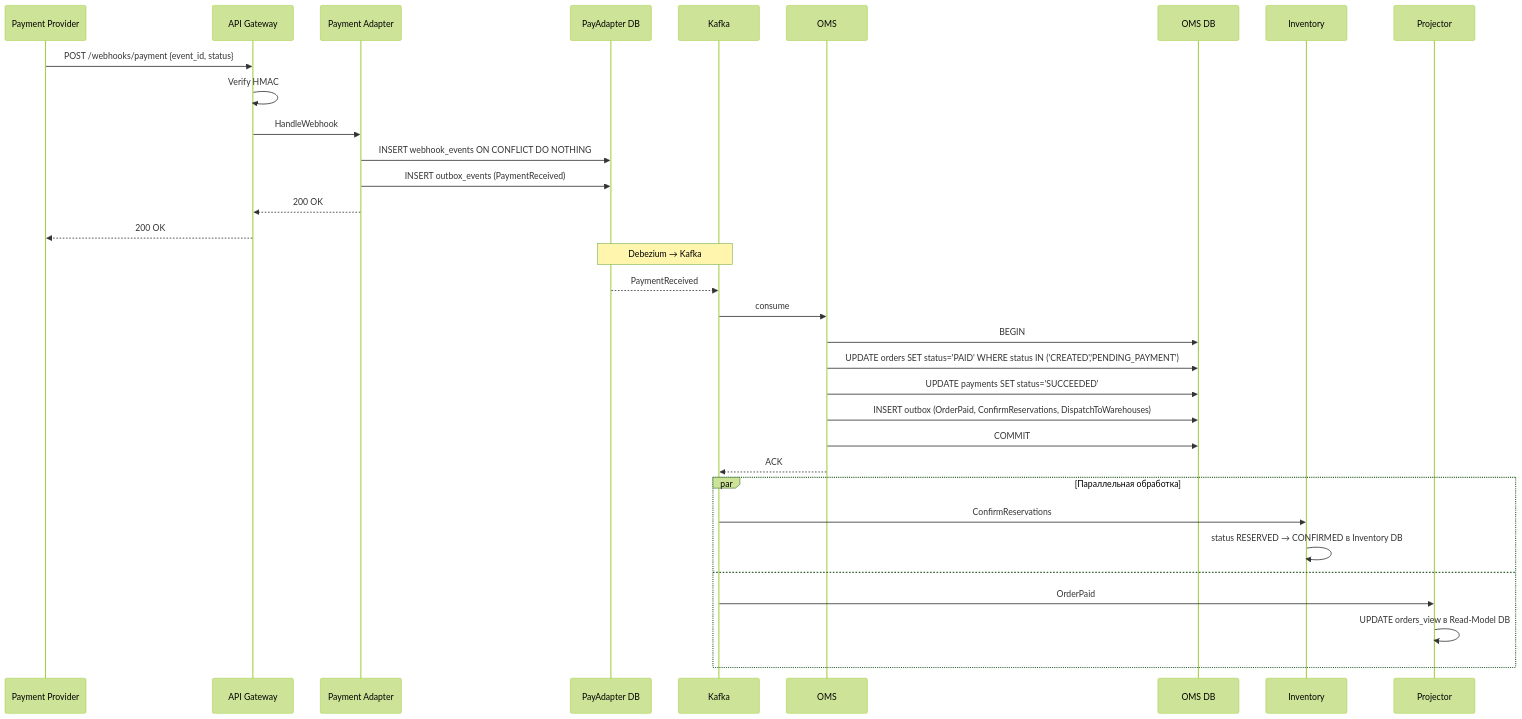
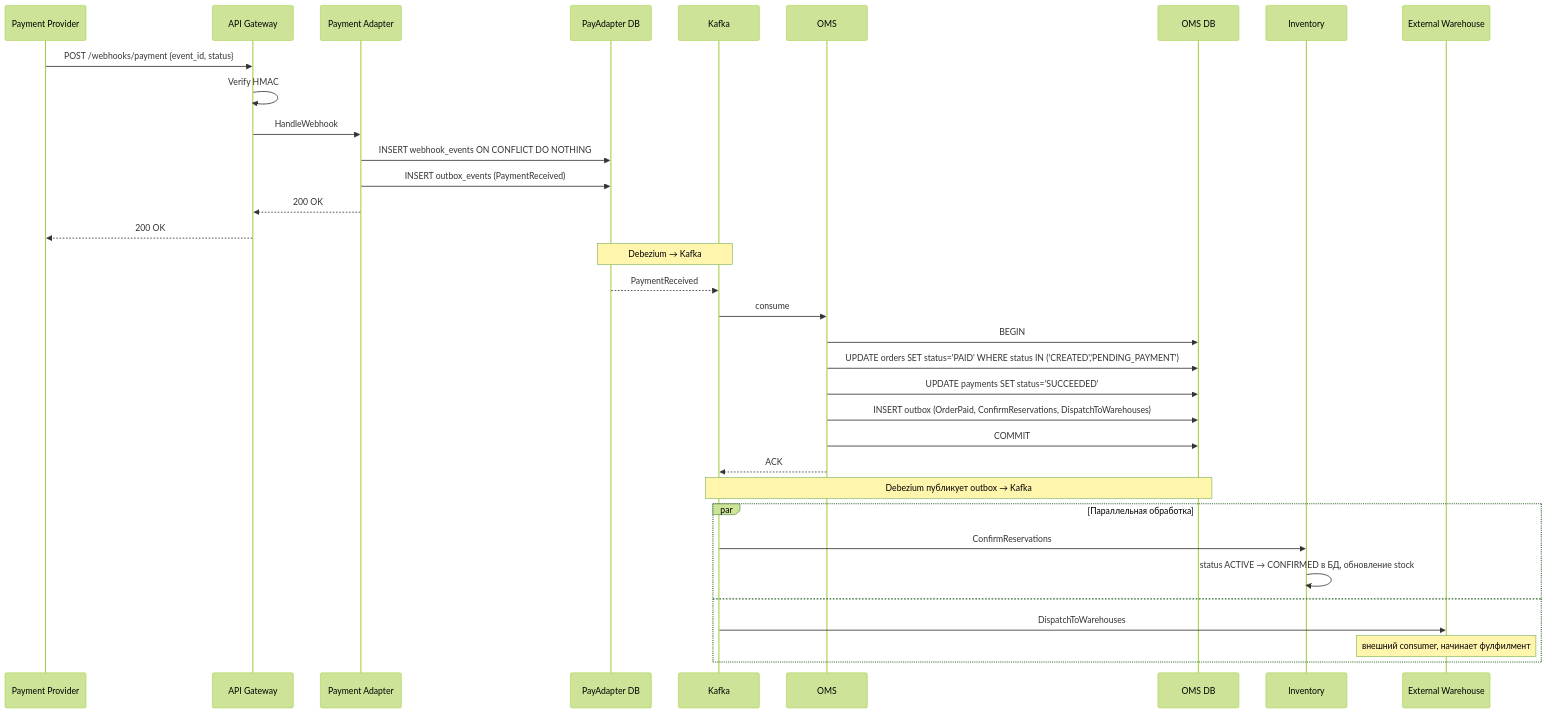
One commit to Unbiscuit/dev_sol changed the sixth of 7 diagrams in marketplace-order-solution.md. Above: the diagram before and after it, drawn with Mermaid (forest theme). The commit also changed other lines of this file, not shown here.

````diff
--- a/marketplace-order-solution.md
+++ b/marketplace-order-solution.md
@@ -549,40 +490,42 @@
 ```mermaid
 sequenceDiagram
     participant Provider as Payment Provider
     participant Gateway as API Gateway
     participant PayAdapter as Payment Adapter
     participant PADb as PayAdapter DB
     participant Kafka
     participant OMS
     participant OMSDB as OMS DB
     participant Inventory
-    participant Projector
+    participant Warehouse as External Warehouse
 
     Provider->>Gateway: POST /webhooks/payment {event_id, status}
     Gateway->>Gateway: Verify HMAC
     Gateway->>PayAdapter: HandleWebhook
 
     PayAdapter->>PADb: INSERT webhook_events ON CONFLICT DO NOTHING
     PayAdapter->>PADb: INSERT outbox_events (PaymentReceived)
     PayAdapter-->>Gateway: 200 OK
     Gateway-->>Provider: 200 OK
 
     Note over PADb, Kafka: Debezium → Kafka
     PADb-->>Kafka: PaymentReceived
 
     Kafka->>OMS: consume
     OMS->>OMSDB: BEGIN
     OMS->>OMSDB: UPDATE orders SET status='PAID' WHERE status IN ('CREATED','PENDING_PAYMENT')
     OMS->>OMSDB: UPDATE payments SET status='SUCCEEDED'
     OMS->>OMSDB: INSERT outbox (OrderPaid, ConfirmReservations, DispatchToWarehouses)
     OMS->>OMSDB: COMMIT
     OMS-->>Kafka: ACK
 
+    Note over OMSDB, Kafka: Debezium публикует outbox → Kafka
+
     par Параллельная обработка
         Kafka->>Inventory: ConfirmReservations
-        Inventory->>Inventory: status RESERVED → CONFIRMED в Inventory DB
+        Inventory->>Inventory: status ACTIVE → CONFIRMED в БД, обновление stock
     and
-        Kafka->>Projector: OrderPaid
-        Projector->>Projector: UPDATE orders_view в Read-Model DB
+        Kafka->>Warehouse: DispatchToWarehouses
+        Note over Warehouse: внешний consumer, начинает фулфилмент
     end
 ```
````
